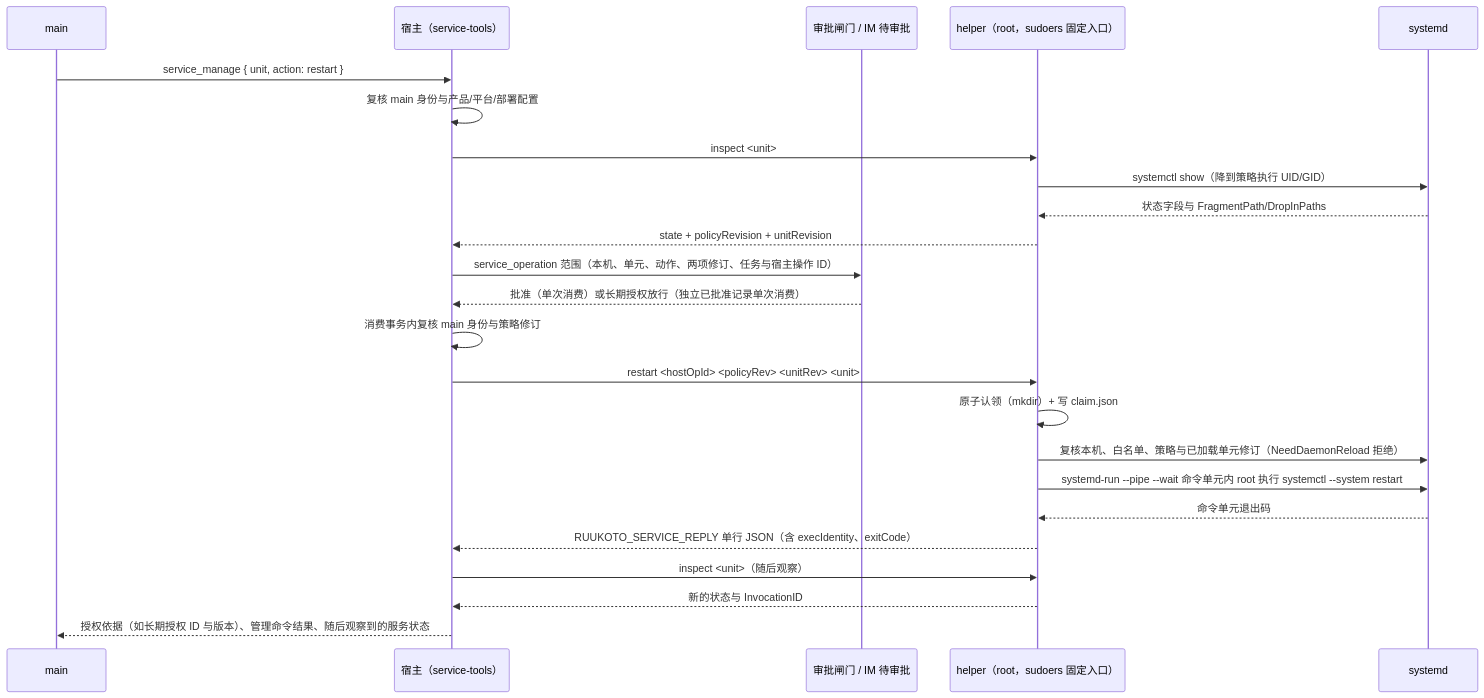
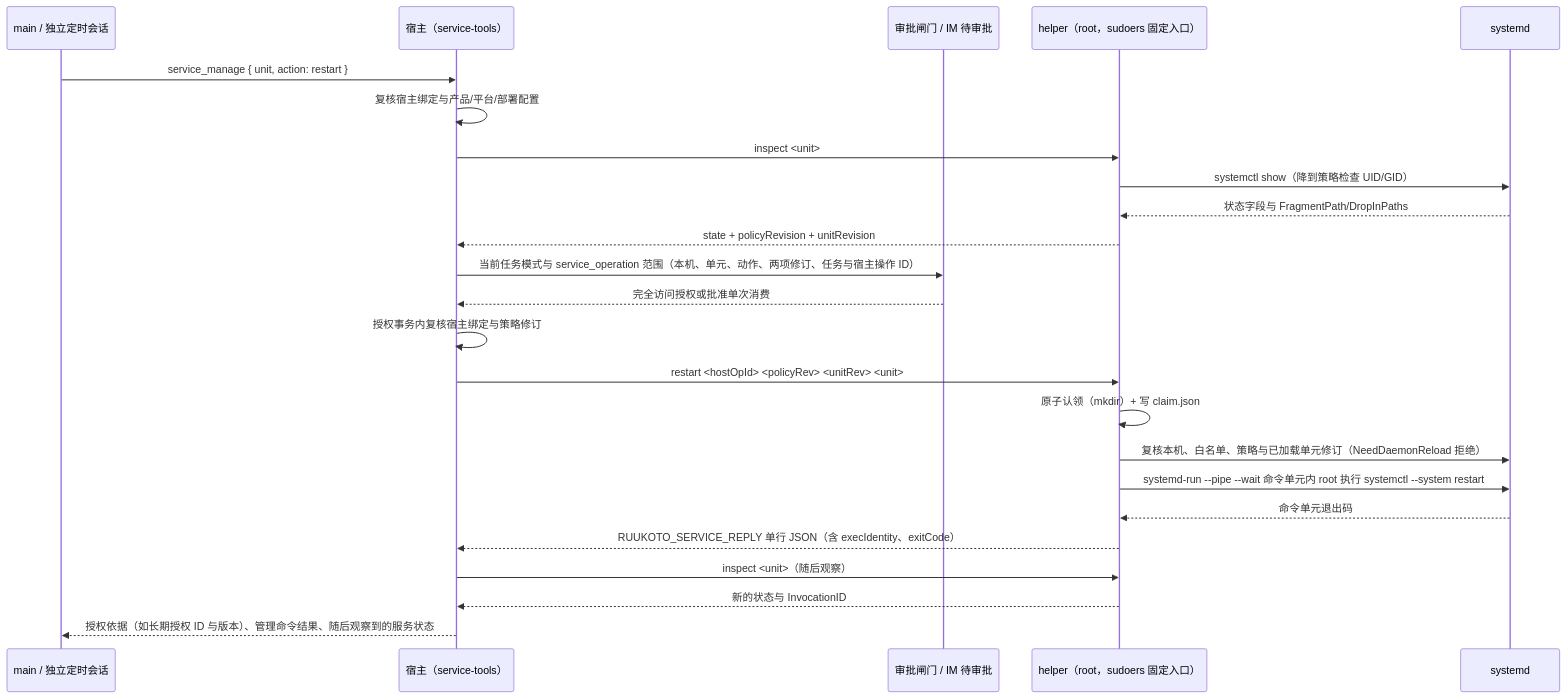
The third of 3 diagrams in docs/modules/deploy.md (num-lab/Ruukoto), drawn with Mermaid before and after one commit. The commit also changed other lines of this file and 193 other files, not shown here.

````diff
--- a/docs/modules/deploy.md
+++ b/docs/modules/deploy.md
@@ -142,26 +119,26 @@
 ```mermaid
 sequenceDiagram
-  participant M as main
+  participant M as main / 独立定时会话
   participant H as 宿主（service-tools）
   participant A as 审批闸门 / IM 待审批
   participant P as helper（root，sudoers 固定入口）
   participant S as systemd
   M->>H: service_manage { unit, action: restart }
-  H->>H: 复核 main 身份与产品/平台/部署配置
+  H->>H: 复核宿主绑定与产品/平台/部署配置
   H->>P: inspect <unit>
-  P->>S: systemctl show（降到策略执行 UID/GID）
+  P->>S: systemctl show（降到策略检查 UID/GID）
   S-->>P: 状态字段与 FragmentPath/DropInPaths
   P-->>H: state + policyRevision + unitRevision
-  H->>A: service_operation 范围（本机、单元、动作、两项修订、任务与宿主操作 ID）
-  A-->>H: 批准（单次消费）或长期授权放行（独立已批准记录单次消费）
-  H->>H: 消费事务内复核 main 身份与策略修订
+  H->>A: 当前任务模式与 service_operation 范围（本机、单元、动作、两项修订、任务与宿主操作 ID）
+  A-->>H: 完全访问授权或批准单次消费
+  H->>H: 授权事务内复核宿主绑定与策略修订
   H->>P: restart <hostOpId> <policyRev> <unitRev> <unit>
   P->>P: 原子认领（mkdir）+ 写 claim.json
   P->>S: 复核本机、白名单、策略与已加载单元修订（NeedDaemonReload 拒绝）
   P->>S: systemd-run --pipe --wait 命令单元内 root 执行 systemctl --system restart
   S-->>P: 命令单元退出码
   P-->>H: RUUKOTO_SERVICE_REPLY 单行 JSON（含 execIdentity、exitCode）
   H->>P: inspect <unit>（随后观察）
   P-->>H: 新的状态与 InvocationID
   H-->>M: 授权依据（如长期授权 ID 与版本）、管理命令结果、随后观察到的服务状态
 ```
````
